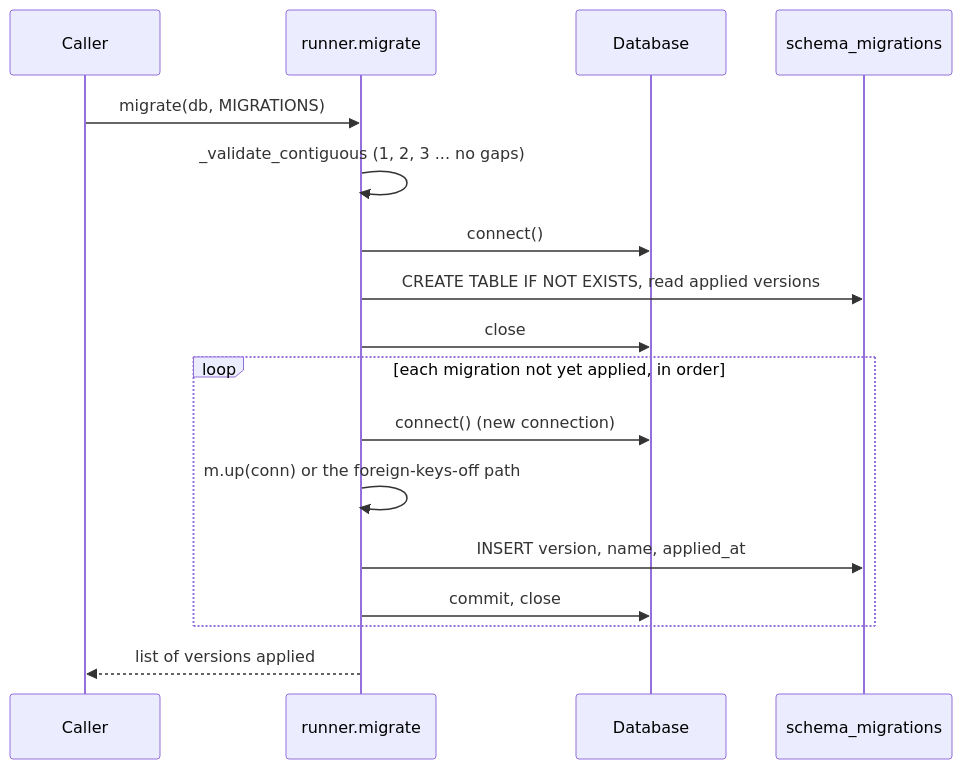
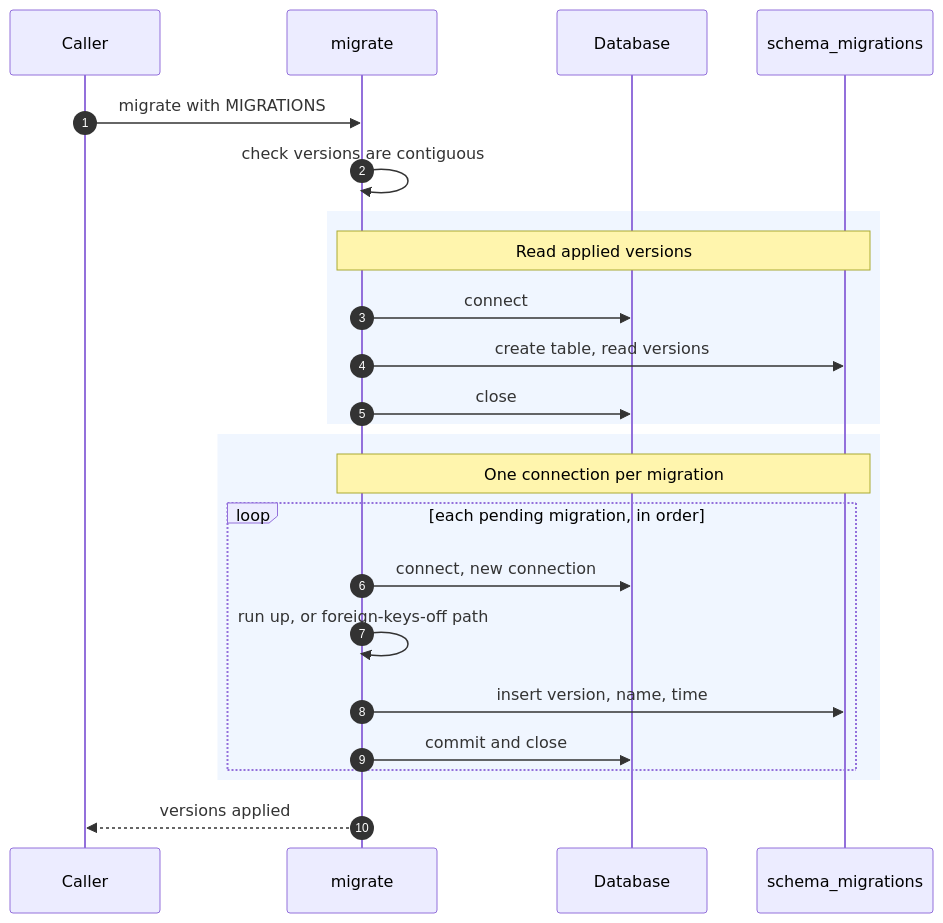
Before and after one commit to ram-020998/project-tracker: the second of 2 diagrams in genesis/architecture/modules/data-and-migrations.md, drawn with Mermaid. The commit also changed other lines of this file and 24 other files, not shown here.

First line of the commit message:
architecture: rewrite all 86 Mermaid diagrams to one C4 style, each render-checked

````diff
--- a/genesis/architecture/modules/data-and-migrations.md
+++ b/genesis/architecture/modules/data-and-migrations.md
@@ -152,19 +150,26 @@
 ```mermaid
 sequenceDiagram
+    autonumber
     participant C as Caller
-    participant R as runner.migrate
+    participant R as migrate
     participant D as Database
     participant S as schema_migrations
-    C->>R: migrate(db, MIGRATIONS)
-    R->>R: _validate_contiguous (1, 2, 3 ... no gaps)
-    R->>D: connect()
-    R->>S: CREATE TABLE IF NOT EXISTS, read applied versions
+    C->>R: migrate with MIGRATIONS
+    R->>R: check versions are contiguous
+    rect rgb(240, 246, 255)
+    Note over R,S: Read applied versions
+    R->>D: connect
+    R->>S: create table, read versions
     R->>D: close
-    loop each migration not yet applied, in order
-        R->>D: connect() (new connection)
-        R->>R: m.up(conn) or the foreign-keys-off path
-        R->>S: INSERT version, name, applied_at
-        R->>D: commit, close
     end
-    R-->>C: list of versions applied
+    rect rgb(240, 246, 255)
+    Note over R,S: One connection per migration
+    loop each pending migration, in order
+        R->>D: connect, new connection
+        R->>R: run up, or foreign-keys-off path
+        R->>S: insert version, name, time
+        R->>D: commit and close
+    end
+    end
+    R-->>C: versions applied
 ```
````
